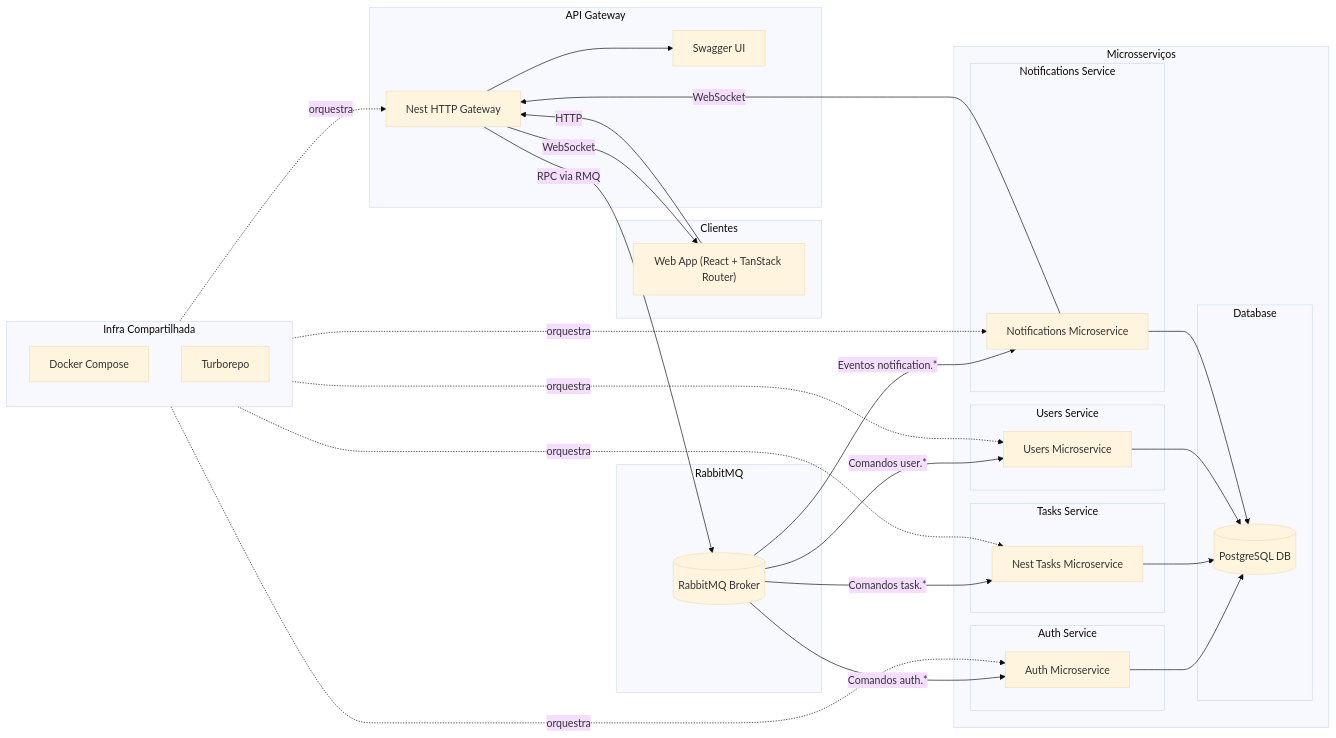
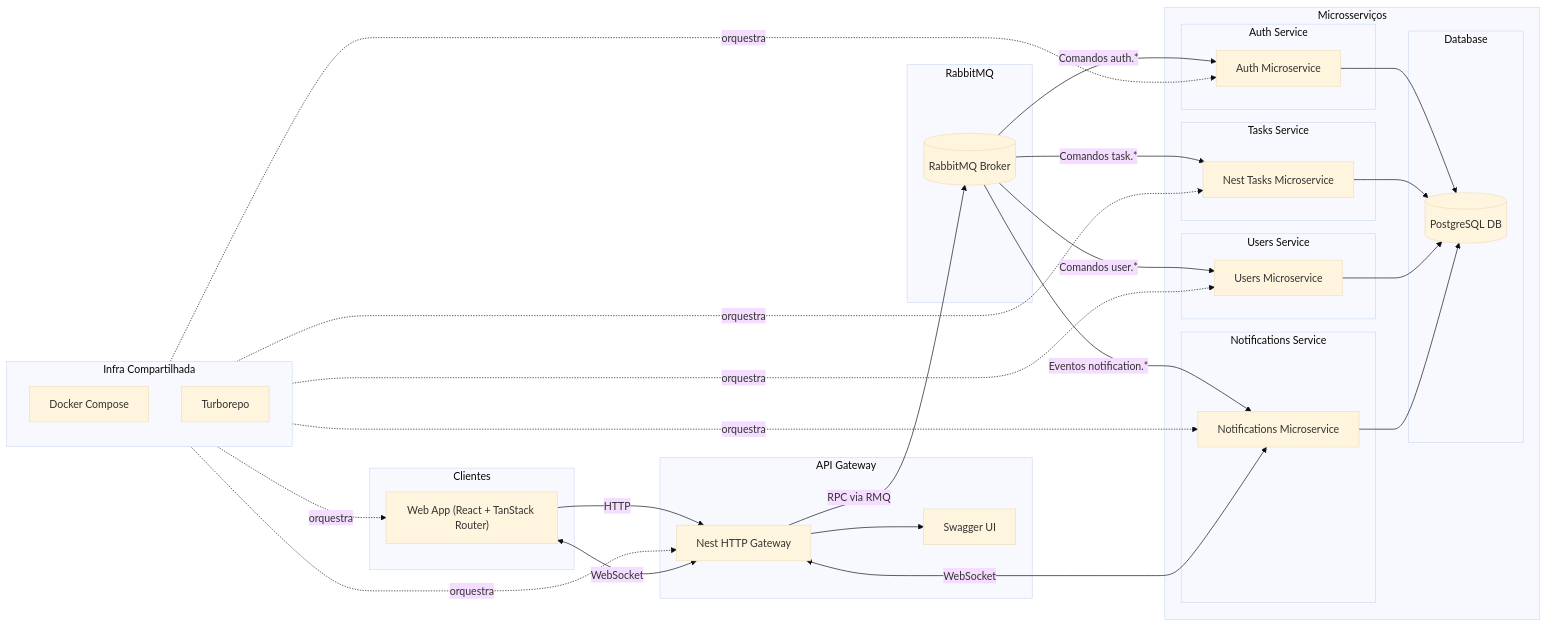
One commit to JPMworkPROG/coreTasks changed the diagram in documentation/diagram.mermaid. Above: the diagram before and after it, drawn with Mermaid (base theme). The commit also changed 15 other files, not shown here.

```diff
--- a/documentation/diagram.mermaid
+++ b/documentation/diagram.mermaid
@@ -1,58 +1,59 @@
 flowchart LR
     subgraph Clients["Clientes"]
         WebApp["Web App (React + TanStack Router)"]
     end
 
     subgraph Gateway[API Gateway]
         APIGW[Nest HTTP Gateway]
         APIGW --> Swagger[Swagger UI]
     end
 
     subgraph Broker[RabbitMQ]
         RMQ[(RabbitMQ Broker)]
     end
 
     subgraph Microservices[Microsserviços]
         subgraph Database[Database]
             DATABASE[(PostgreSQL DB)]
         end
 
         subgraph AuthService[Auth Service]
             AUTH[Auth Microservice]
             AUTH --> DATABASE
         end
 
         subgraph TasksService[Tasks Service]
             TASKS[Nest Tasks Microservice]
             TASKS --> DATABASE
         end
 
          subgraph UsersService[Users Service]
             USERSS[Users Microservice]
             USERSS --> DATABASE
         end
 
         subgraph NotificationsService[Notifications Service]
             NOTIF[Notifications Microservice]
             NOTIF --> DATABASE
         end
     end
 
     subgraph SharedInfra[Infra Compartilhada]
         Docker[Docker Compose]
         Turbo[Turborepo]
     end
 
     WebApp -->|HTTP| APIGW
     APIGW -->|"RPC via RMQ"| RMQ
     RMQ -->|"Comandos auth.*"| AUTH
     RMQ -->|"Comandos task.*"| TASKS
     RMQ -->|"Comandos user.*"| USERSS
     RMQ -->|"Eventos notification.*"| NOTIF
-    NOTIF -->|WebSocket| APIGW
-    APIGW -->|WebSocket| WebApp
+    NOTIF <-->|WebSocket| APIGW
+    APIGW <-->|WebSocket| WebApp
+    SharedInfra -. "orquestra" .-> WebApp
     SharedInfra -. "orquestra" .-> APIGW
     SharedInfra -. "orquestra" .-> AUTH
     SharedInfra -. "orquestra" .-> USERSS
     SharedInfra -. "orquestra" .-> TASKS
     SharedInfra -. "orquestra" .-> NOTIF
```
